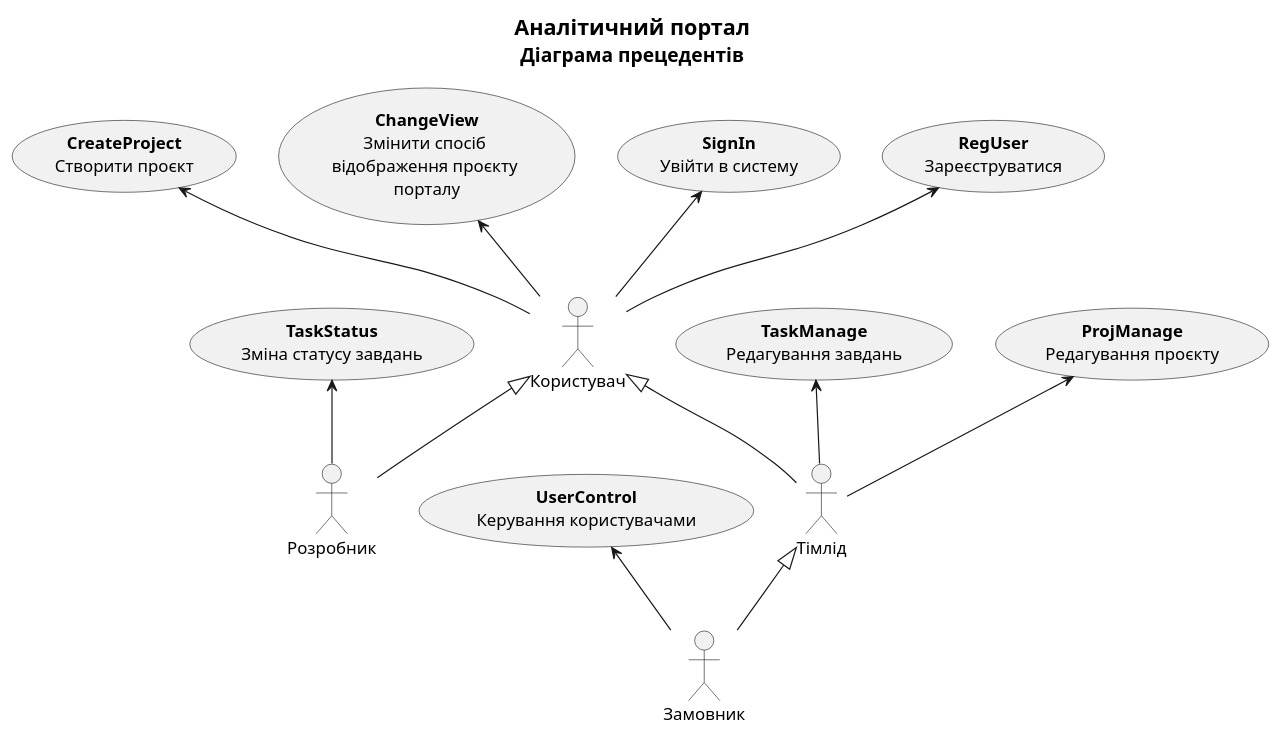
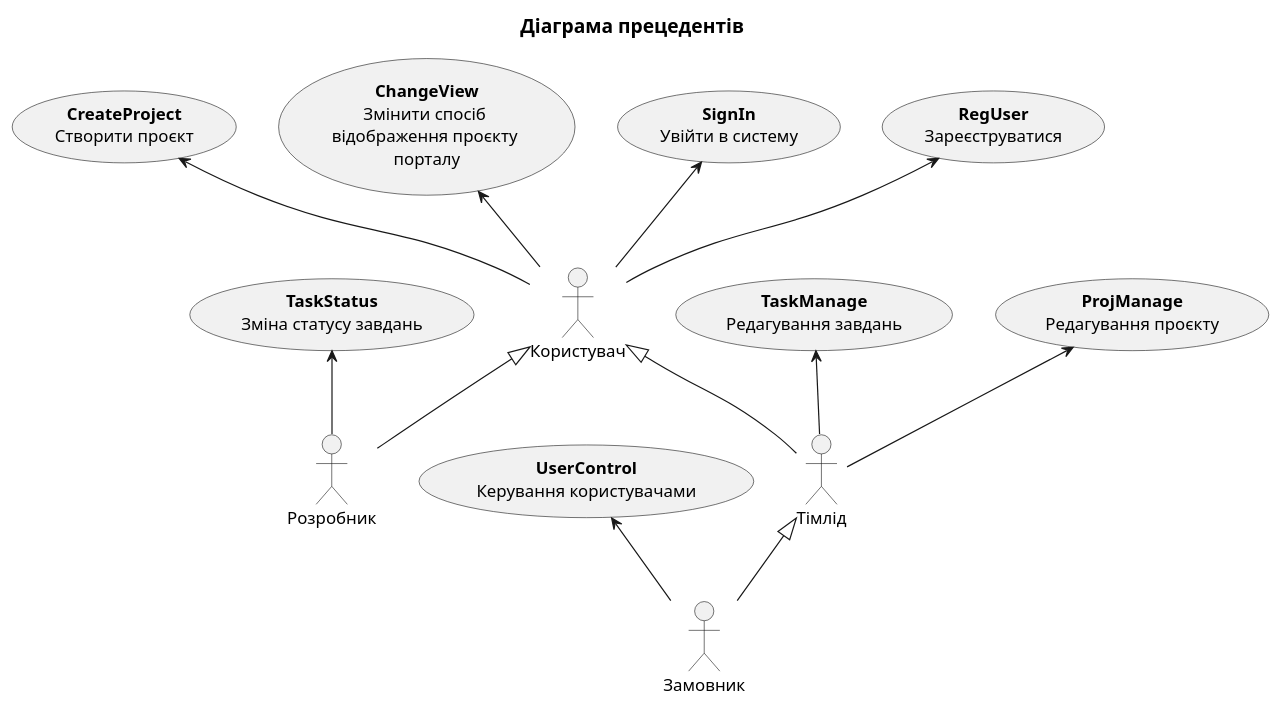
The first of 5 diagrams in docs/use cases/README.md (boldak/edu-db-cw), drawn with PlantUML before and after one commit.

Commit message:
видалила непотрібну інформацію

```diff
--- a/docs/use cases/README.md
+++ b/docs/use cases/README.md
@@ -5,37 +5,36 @@
 @startuml
 
     title
-        <font size=18 color=black>Аналітичний портал
         <font size=16 color=black>Діаграма прецедентів
     end title
 
     actor "Користувач" as User
     actor "Розробник" as Developer
     actor "Тімлід" as Teamlead
     actor "Замовник" as Customer
     
     usecase "<b>RegUser</b>\nЗареєструватися" as RegUser
     usecase "<b>SignIn</b>\nУвійти в систему" as SignIn
     usecase "<b>ChangeView</b>\nЗмінити спосіб \nвідображення проєкту \nпорталу" as ChangeView
     usecase "<b>CreateProject</b>\nСтворити проєкт" as CreateProject
     
     usecase "<b>ProjManage</b>\nРедагування проєкту" as ProjManage
     usecase "<b>TaskManage</b>\nРедагування завдань" as TaskManage
     usecase "<b>UserControl</b>\nКерування користувачами" as UserControl
     usecase "<b>TaskStatus</b>\nЗміна статусу завдань" as TaskStatus
     
     
     Developer -u-|> User
     Teamlead -u-|> User
     Customer -u-|> Teamlead
     
     User -u-> RegUser
     User -u-> SignIn
     User -u-> ChangeView
     User -u-> CreateProject
     Teamlead -u-> ProjManage
     Teamlead -u-> TaskManage
     Customer -u-> UserControl
     Developer -u-> TaskStatus
    
 @enduml
```
